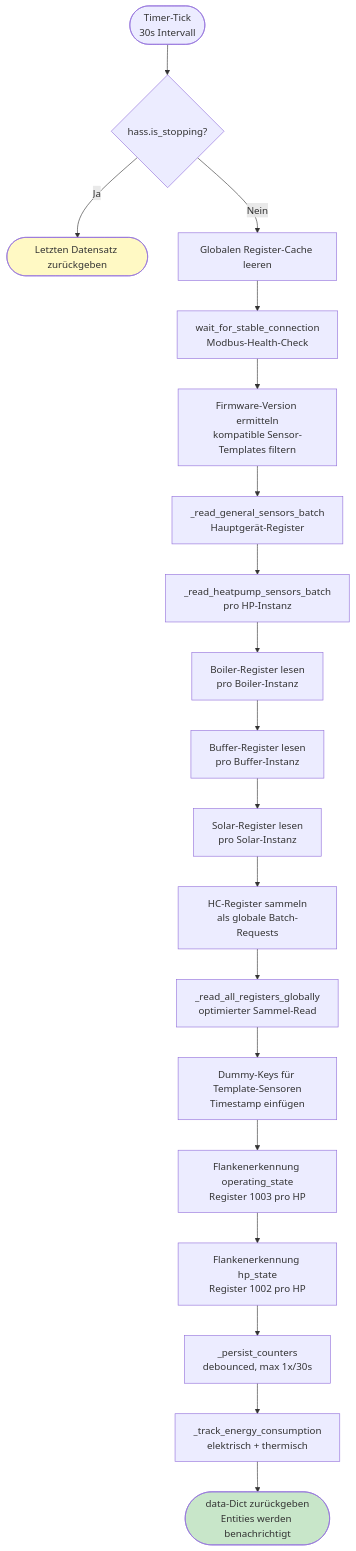
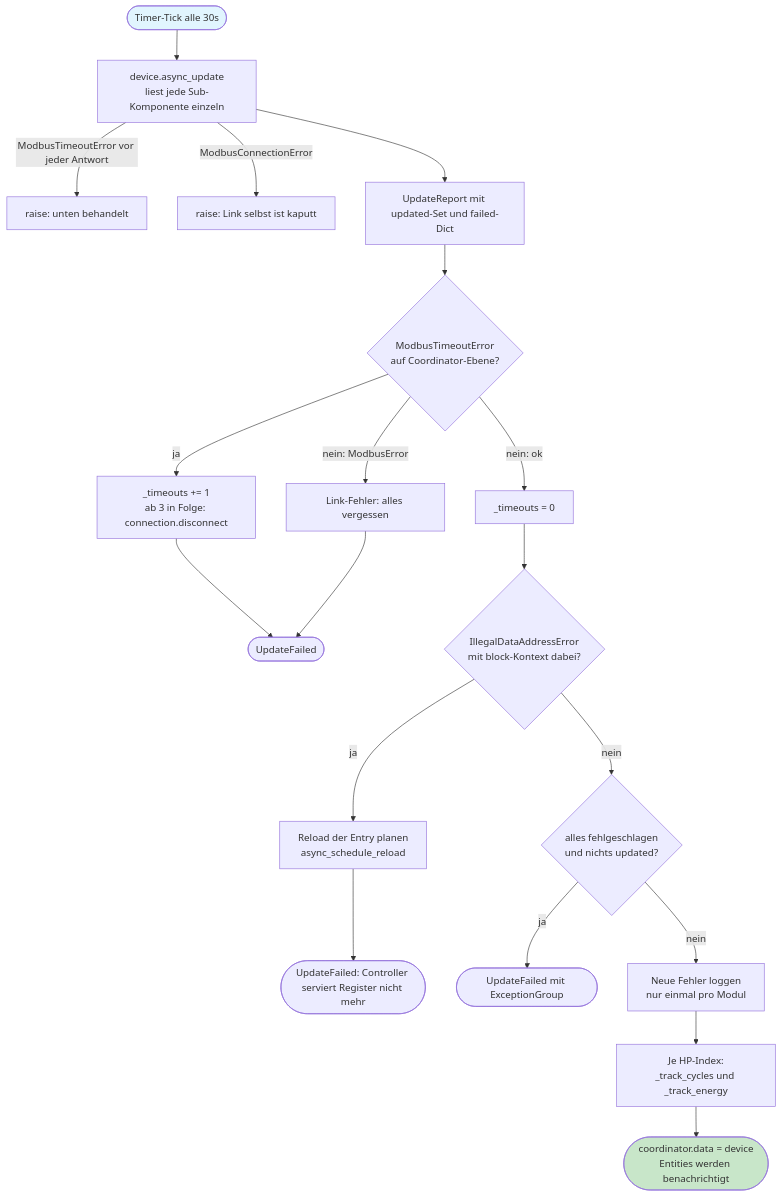
Before and after one commit to GuidoJeuken-6512/lambda_heat_pumps: the fourth of 7 diagrams in docs/docs/Entwickler/Ablaufdiagramm.md, drawn with Mermaid. The commit also changed other lines of this file and 41 other files, not shown here.

Commit message:
Doku an Version 3.5 angepasst und Tests erweitert

````diff
--- a/docs/docs/Entwickler/Ablaufdiagramm.md
+++ b/docs/docs/Entwickler/Ablaufdiagramm.md
@@ -307,24 +262,24 @@
 ```mermaid
 flowchart TD
-    A([Timer-Tick\n30s Intervall]) --> B{hass.is_stopping?}
-    B -->|Ja| B1([Letzten Datensatz zurückgeben])
-    B -->|Nein| C[Globalen Register-Cache leeren]
-    C --> D[wait_for_stable_connection\nModbus-Health-Check]
-    D --> E[Firmware-Version ermitteln\nkompatible Sensor-Templates filtern]
-    E --> F[_read_general_sensors_batch\nHauptgerät-Register]
-    F --> G[_read_heatpump_sensors_batch\npro HP-Instanz]
-    G --> H[Boiler-Register lesen\npro Boiler-Instanz]
-    H --> I[Buffer-Register lesen\npro Buffer-Instanz]
-    I --> J[Solar-Register lesen\npro Solar-Instanz]
-    J --> K[HC-Register sammeln\nals globale Batch-Requests]
-    K --> L[_read_all_registers_globally\noptimierter Sammel-Read]
-    L --> M[Dummy-Keys für Template-Sensoren\nTimestamp einfügen]
-    M --> N[Flankenerkennung operating_state\nRegister 1003 pro HP]
-    N --> O[Flankenerkennung hp_state\nRegister 1002 pro HP]
-    O --> P[_persist_counters\ndebounced, max 1x/30s]
-    P --> Q[_track_energy_consumption\nelektrisch + thermisch]
-    Q --> R([data-Dict zurückgeben\nEntities werden benachrichtigt])
+    A([Timer-Tick alle 30s]) --> B[device.async_update\nliest jede Sub-Komponente einzeln]
+    B -->|ModbusTimeoutError vor jeder Antwort| C1[raise: unten behandelt]
+    B -->|ModbusConnectionError| C2[raise: Link selbst ist kaputt]
+    B --> D[UpdateReport mit updated-Set und failed-Dict]
+    D --> E{ModbusTimeoutError\nauf Coordinator-Ebene?}
+    E -->|ja| F[_timeouts += 1\nab 3 in Folge: connection.disconnect]
+    E -->|nein: ModbusError| G[Link-Fehler: alles vergessen]
+    E -->|nein: ok| H[_timeouts = 0]
+    F --> Z1([UpdateFailed])
+    G --> Z1
+    H --> I{IllegalDataAddressError\nmit block-Kontext dabei?}
+    I -->|ja| J[Reload der Entry planen\nasync_schedule_reload]
+    J --> Z2([UpdateFailed: Controller serviert Register nicht mehr])
+    I -->|nein| K{alles fehlgeschlagen\nund nichts updated?}
+    K -->|ja| Z3([UpdateFailed mit ExceptionGroup])
+    K -->|nein| L[Neue Fehler loggen\nnur einmal pro Modul]
+    L --> M[Je HP-Index:\n_track_cycles und _track_energy]
+    M --> N([coordinator.data = device\nEntities werden benachrichtigt])
 
-    style B1 fill:#fff9c4
-    style R fill:#c8e6c9
+    style A fill:#e1f5fe
+    style N fill:#c8e6c9
 ```
````
